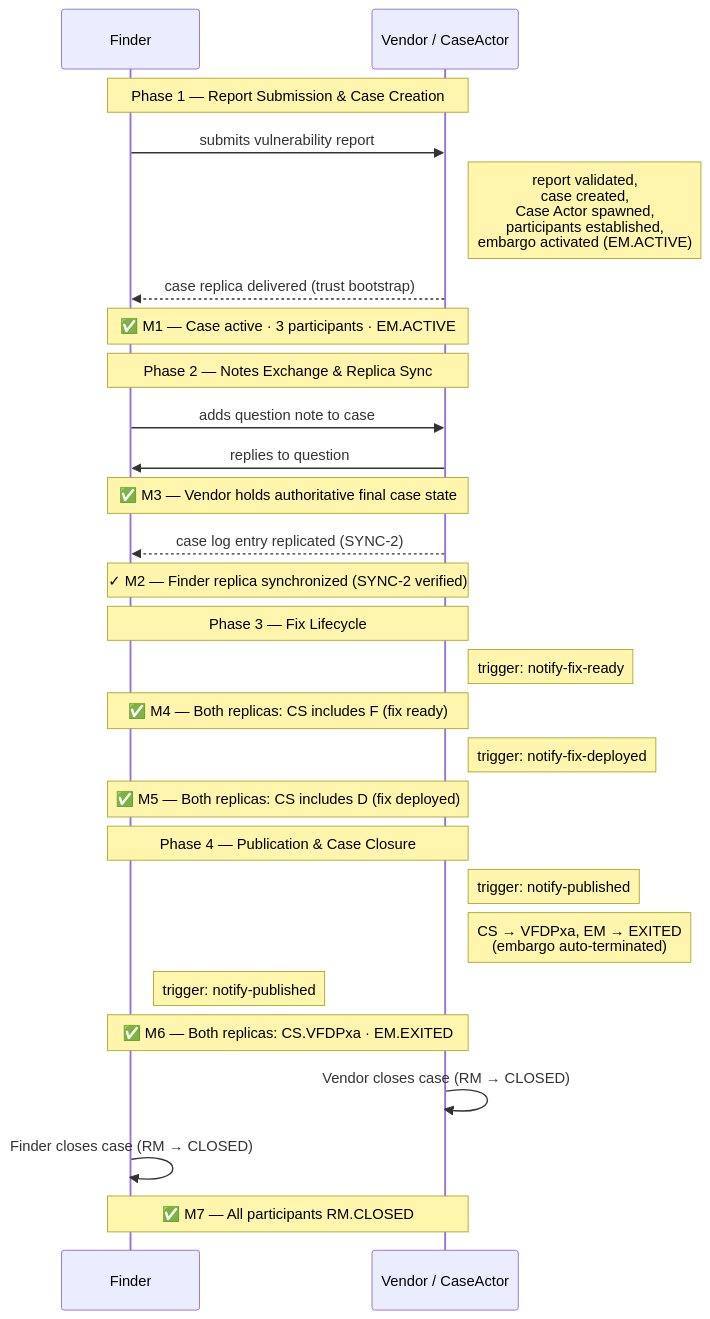
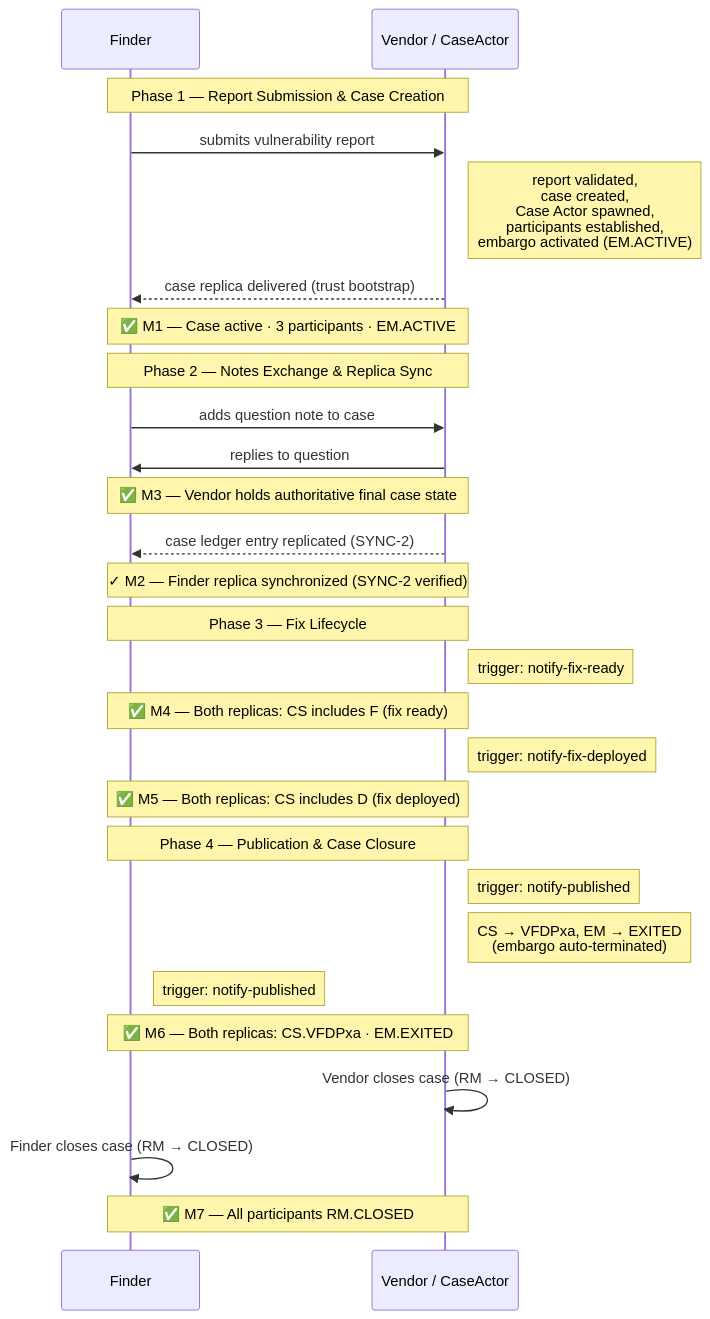
Before and after one commit to CERTCC/Vultron: the diagram in docs/tutorials/two-actor-demo.md, drawn with Mermaid. The commit also changed other lines of this file and 114 other files, not shown here.

````diff
--- a/docs/tutorials/two-actor-demo.md
+++ b/docs/tutorials/two-actor-demo.md
@@ -117,41 +117,41 @@
 ```mermaid
 sequenceDiagram
     participant F as Finder
     participant V as Vendor / CaseActor
 
     note over F,V: Phase 1 — Report Submission & Case Creation
 
     F->>V: submits vulnerability report
     note right of V: report validated,<br/>case created,<br/>Case Actor spawned,<br/>participants established,<br/>embargo activated (EM.ACTIVE)
     V-->>F: case replica delivered (trust bootstrap)
 
     note over F,V: ✅ M1 — Case active · 3 participants · EM.ACTIVE
 
     note over F,V: Phase 2 — Notes Exchange & Replica Sync
 
     F->>V: adds question note to case
     V->>F: replies to question
     note over F,V: ✅ M3 — Vendor holds authoritative final case state
 
-    V-->>F: case log entry replicated (SYNC-2)
+    V-->>F: case ledger entry replicated (SYNC-2)
     note over F,V: ✓ M2 — Finder replica synchronized (SYNC-2 verified)
 
     note over F,V: Phase 3 — Fix Lifecycle
 
     note right of V: trigger: notify-fix-ready
     note over F,V: ✅ M4 — Both replicas: CS includes F (fix ready)
 
     note right of V: trigger: notify-fix-deployed
     note over F,V: ✅ M5 — Both replicas: CS includes D (fix deployed)
 
     note over F,V: Phase 4 — Publication & Case Closure
 
     note right of V: trigger: notify-published
     note right of V: CS → VFDPxa, EM → EXITED<br/>(embargo auto-terminated)
     note right of F: trigger: notify-published
     note over F,V: ✅ M6 — Both replicas: CS.VFDPxa · EM.EXITED
 
     V->>V: Vendor closes case (RM → CLOSED)
     F->>F: Finder closes case (RM → CLOSED)
     note over F,V: ✅ M7 — All participants RM.CLOSED
 ```
````
